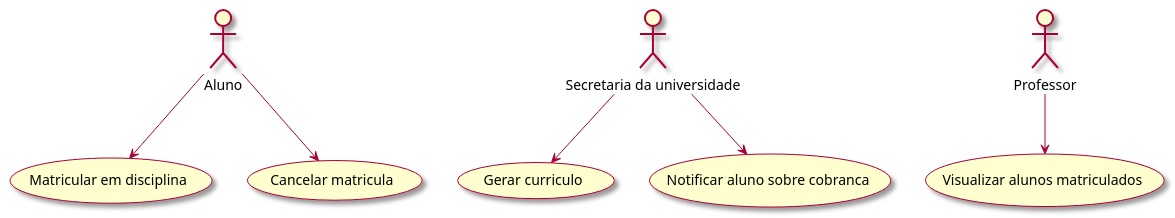
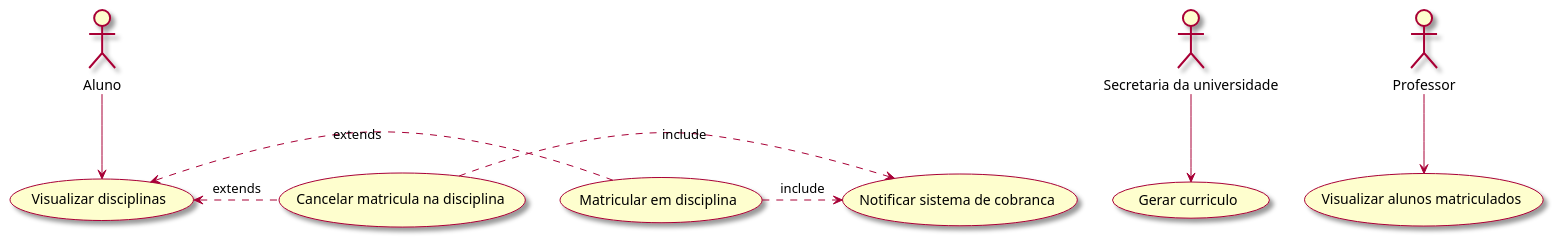
The diagram in project/code/userCase.puml (oarthurfc/LDS), drawn with PlantUML before and after one commit. The commit also changed 1 other file, not shown here.

```diff
--- a/project/code/userCase.puml
+++ b/project/code/userCase.puml
@@ -1,26 +1,33 @@
 @startuml 
 
 skin rose 
   
 :Aluno: 
 
 :Secretaria da universidade: as Uni 
 
 :Professor: 
 
 
-Aluno --> (Matricular em disciplina) 
+Aluno --> (Visualizar disciplinas) 
 
-Aluno --> (Cancelar matricula) 
+(Visualizar disciplinas) <. (Matricular em disciplina) : extends
 
-  
+(Visualizar disciplinas) <. (Cancelar matricula na disciplina) : extends
+
+(Cancelar matricula na disciplina) .> (Notificar sistema de cobranca) : include
+
+(Matricular em disciplina) .> (Notificar sistema de cobranca) : include
+
+
+
 Professor --> (Visualizar alunos matriculados) 
   
 
 Uni --> (Gerar curriculo) 
 
-Uni --> (Notificar aluno sobre cobranca) 
+
 
   
 
 @enduml 
```
